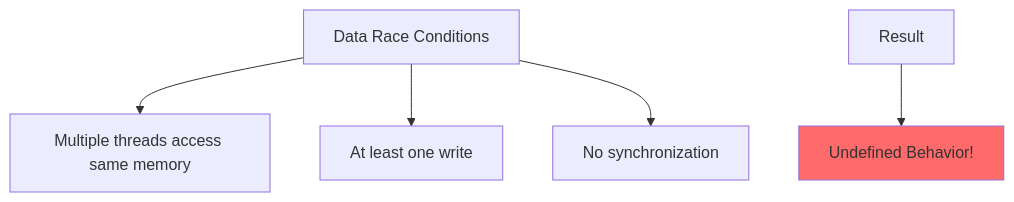
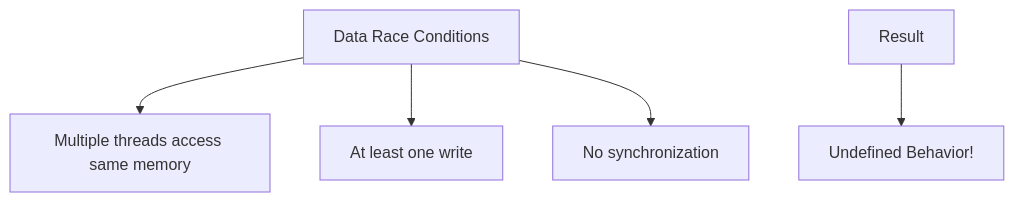
One commit to AndriiSonsiadlo/knowledge-base changed the diagram in docs/programming/cpp/11-concurrency-and-memory-model/03-data-races.md. Above: the diagram before and after it, drawn with Mermaid. The commit also changed 6 other files, not shown here.

Commit message:
style (C++): drop hardcoded mermaid fills in stdlib, concurrency and idioms

````diff
--- a/docs/programming/cpp/11-concurrency-and-memory-model/03-data-races.md
+++ b/docs/programming/cpp/11-concurrency-and-memory-model/03-data-races.md
@@ -14,10 +14,9 @@
 ```mermaid
 graph TD
     A[Data Race Conditions] --> B[Multiple threads access same memory]
     A --> C[At least one write]
     A --> D[No synchronization]
     
     E[Result] --> F[Undefined Behavior!]
     
-    style F fill:#FF6B6B
 ```
````
